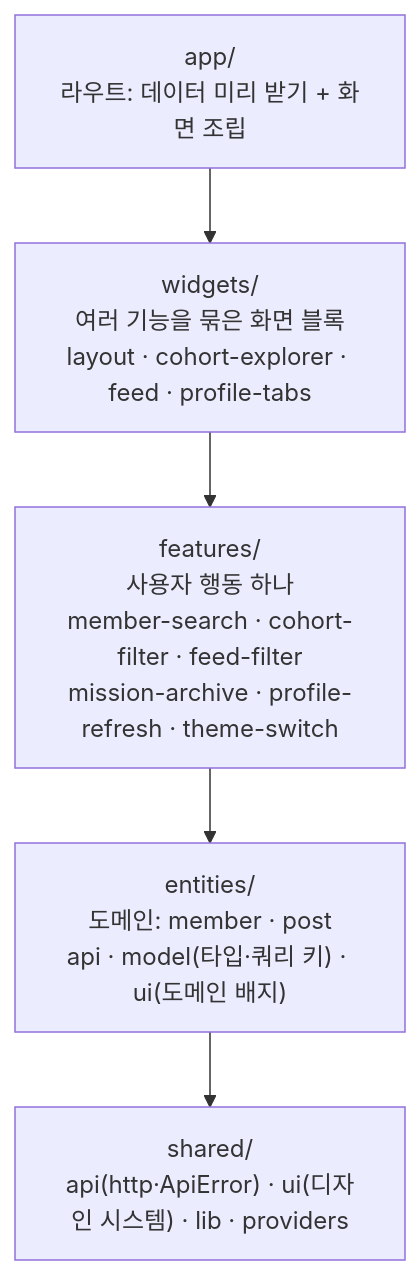
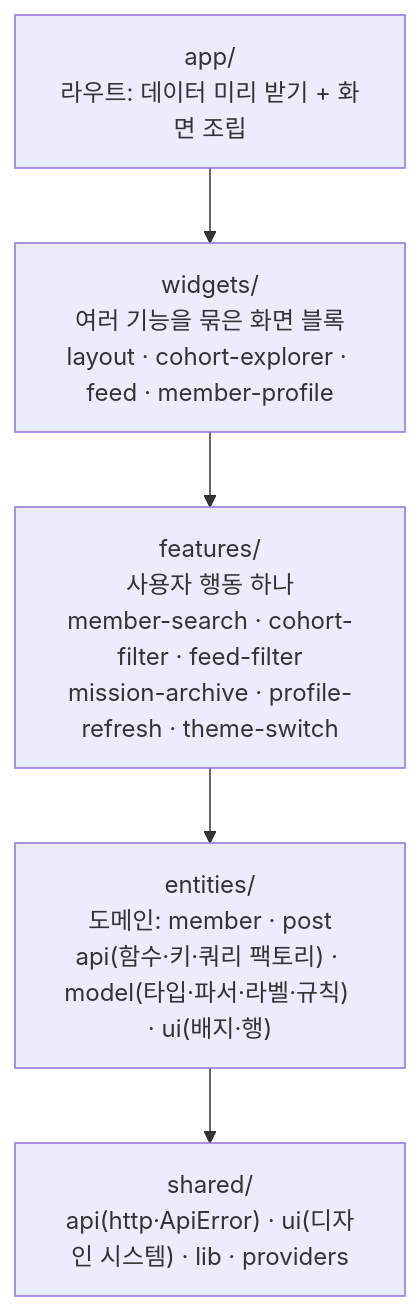
One commit to iftype/who-tech-frontend changed the diagram in apps/web/ARCHITECTURE.md. Above: the diagram before and after it, drawn with Mermaid. The commit also changed other lines of this file and 20 other files, not shown here.

````diff
--- a/apps/web/ARCHITECTURE.md
+++ b/apps/web/ARCHITECTURE.md
@@ -10,8 +10,8 @@
 ```mermaid
 flowchart TD
   app["app/<br/>라우트: 데이터 미리 받기 + 화면 조립"] --> widgets
-  widgets["widgets/<br/>여러 기능을 묶은 화면 블록<br/>layout · cohort-explorer · feed · profile-tabs"] --> features
+  widgets["widgets/<br/>여러 기능을 묶은 화면 블록<br/>layout · cohort-explorer · feed · member-profile"] --> features
   features["features/<br/>사용자 행동 하나<br/>member-search · cohort-filter · feed-filter<br/>mission-archive · profile-refresh · theme-switch"] --> entities
-  entities["entities/<br/>도메인: member · post<br/>api · model(타입·쿼리 키) · ui(도메인 배지)"] --> shared
+  entities["entities/<br/>도메인: member · post<br/>api(함수·키·쿼리 팩토리) · model(타입·파서·라벨·규칙) · ui(배지·행)"] --> shared
   shared["shared/<br/>api(http·ApiError) · ui(디자인 시스템) · lib · providers"]
 ```
````
